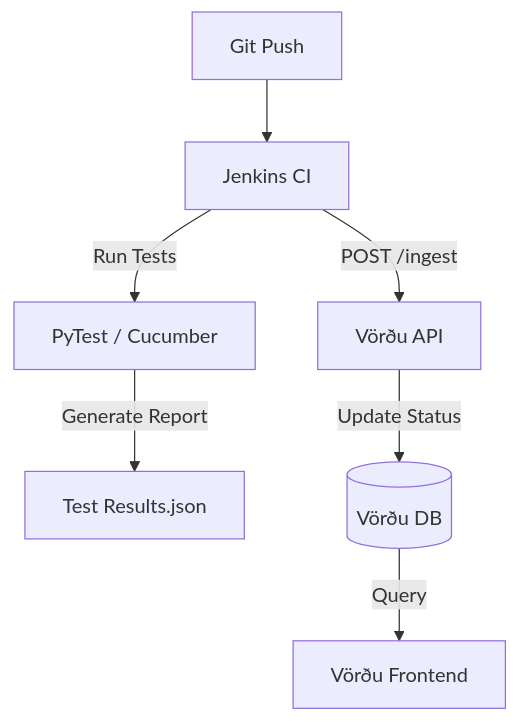
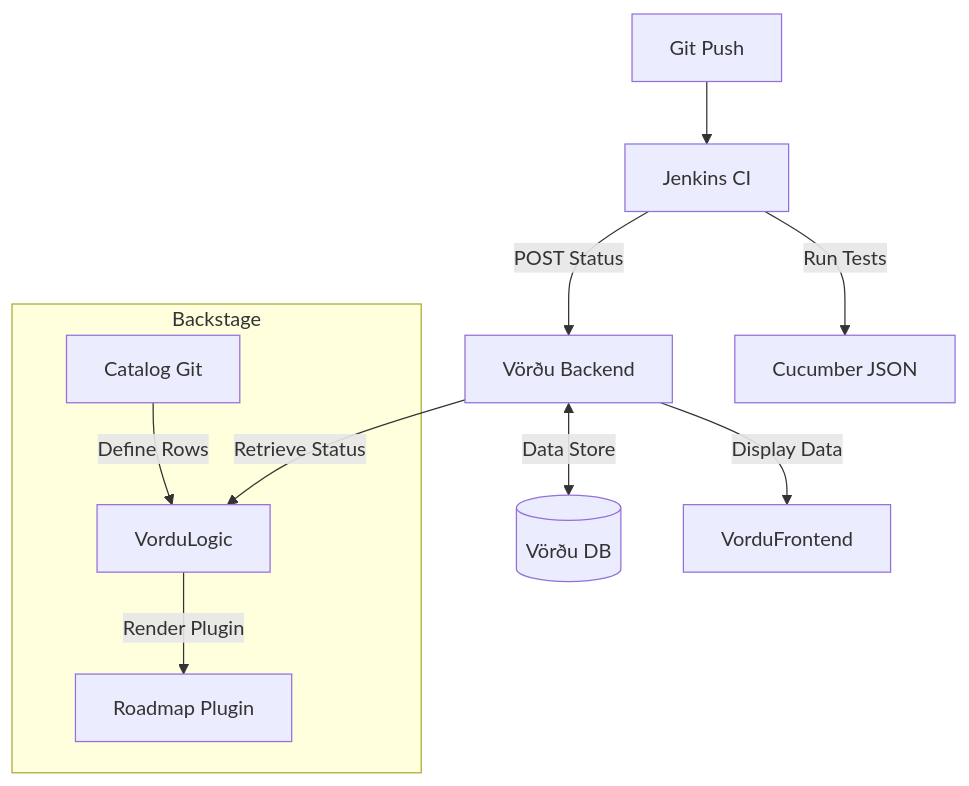
The diagram in design-architecture.md (SiliconSaga/vordu), drawn with Mermaid before and after one commit. The commit also changed other lines of this file, not shown here.

Commit message:
Update architecture, not quite set yet

````diff
--- a/design-architecture.md
+++ b/design-architecture.md
@@ -49,9 +69,14 @@
 ```mermaid
 graph TD
     Git[Git Push] --> Jenkins[Jenkins CI]
-    Jenkins -->|Run Tests| TestRunner[PyTest / Cucumber]
-    TestRunner -->|Generate Report| JSON[Test Results.json]
-    Jenkins -->|POST /ingest| VorduAPI[Vörðu API]
-    VorduAPI -->|Update Status| DB[(Vörðu DB)]
-    DB -->|Query| VorduUI[Vörðu Frontend]
+    Jenkins -->|POST Status| VorduAPI[Vörðu Backend]
+    Jenkins -->|Run Tests| TestRunner[Cucumber JSON]
+    VorduAPI <--> |Data Store| VorduDB[(Vörðu DB)]
+    VorduAPI --> |Display Data| VorduFrontend
+    VorduAPI -->|Retrieve Status| VorduLogic
+    
+    subgraph Backstage
+      Catalog[Catalog Git] -->|Define Rows| VorduLogic
+      VorduLogic -->|Render Plugin| VorduUI[Roadmap Plugin]
+    end
 ```
````
